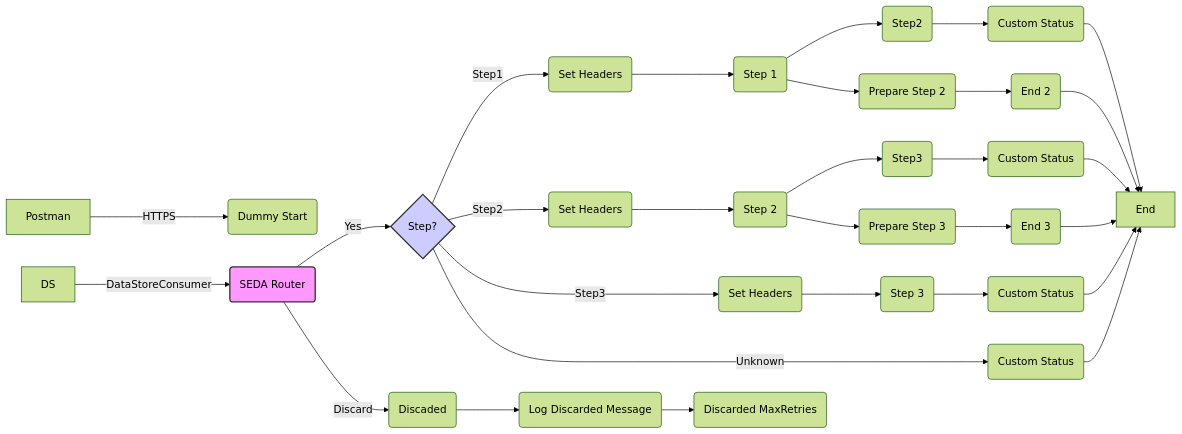
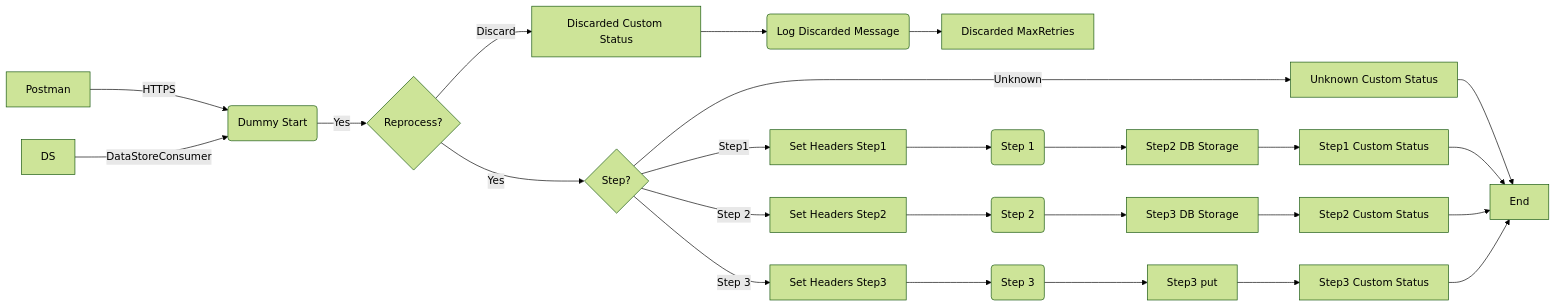
The diagram in MMZ - Cell Iflows/SEDA_Model_-_Single_DS_-_Restart_and_Discard_MMZ-1.0.1/readme.md (Avvale-IA-CICD/AvvaleCPI), drawn with Mermaid (forest theme) before and after one commit. The commit also changed other lines of this file, not shown here.

Commit message:
Add/update documentation for SEDA_Model_-_Single_DS_-_Restart_and_Discard_MMZ v1.0.1

````diff
--- a/MMZ - Cell Iflows/SEDA_Model_-_Single_DS_-_Restart_and_Discard_MMZ-1.0.1/readme.md
+++ b/MMZ - Cell Iflows/SEDA_Model_-_Single_DS_-_Restart_and_Discard_MMZ-1.0.1/readme.md
@@ -4,35 +5,32 @@
 ```mermaid
 graph LR
-    Postman -->|HTTPS| DummyStart(Dummy Start)
-    DS -->|DataStoreConsumer| SEDARouter(SEDA Router)
-    SEDARouter -- Yes --> StepDecision{Step?}
-    StepDecision -- Step1 --> SetHeaders1(Set Headers)
-    StepDecision -- Step2 --> SetHeaders2(Set Headers)
-    StepDecision -- Step3 --> SetHeaders3(Set Headers)
-    StepDecision -- Unknown --> CustomStatusUnknown(Custom Status)
-    SetHeaders1 --> Step1(Step 1)
-    SetHeaders2 --> Step2(Step 2)
-    SetHeaders3 --> Step3ProcessCall(Step 3)
-    Step1 --> Step2DBStorage(Step2)
-    Step2 --> Step3DBStorage(Step3)
-    Step3ProcessCall --> CustomStatusStep3(Custom Status)
-    Step2DBStorage --> CustomStatusStep1(Custom Status)
-    Step3DBStorage --> CustomStatusStep2(Custom Status)
-    CustomStatusStep1 --> End
-    CustomStatusStep2 --> End
-    CustomStatusStep3 --> End
-    CustomStatusUnknown --> End
-    SEDARouter -- Discard --> CustomStatusDiscard(Discaded)
-    CustomStatusDiscard --> LogDiscardedMessage(Log Discarded Message)
-    LogDiscardedMessage --> EndDiscard(Discarded MaxRetries)
-    Step1 --> PrepareStep2(Prepare Step 2)
-    PrepareStep2 --> EndStep1(End 2)
-    Step2 --> PrepareStep3(Prepare Step 3)
-    PrepareStep3 --> EndStep2(End 3)
-    EndStep1 --> End
-    EndStep2 --> End
+    A[Postman] -- HTTPS --> B(Dummy Start)
+    C[DS] -- DataStoreConsumer --> B
 
-    style SEDARouter fill:#f9f,stroke:#333,stroke-width:2px
-    style StepDecision fill:#ccf,stroke:#333,stroke-width:2px
+    B -- Yes --> D{Reprocess?}
+    D -- Discard --> E[Discarded Custom Status]
+    E --> F(Log Discarded Message)
+    F --> G[Discarded MaxRetries]
 
+    D -- Yes --> H{Step?}
+    H -- Step1 --> I[Set Headers Step1]
+    H -- Step 2 --> J[Set Headers Step2]
+    H -- Step 3 --> K[Set Headers Step3]
+    H -- Unknown --> L[Unknown Custom Status]
+    L --> M[End]
+
+    I --> N(Step 1)
+    N --> O[Step2 DB Storage]
+    O --> P[Step1 Custom Status]
+    P --> M
+
+    J --> Q(Step 2)
+    Q --> R[Step3 DB Storage]
+    R --> S[Step2 Custom Status]
+    S --> M
+
+    K --> T(Step 3)
+    T --> U[Step3 put]
+    U --> V[Step3 Custom Status]
+    V --> M
 ```
````
